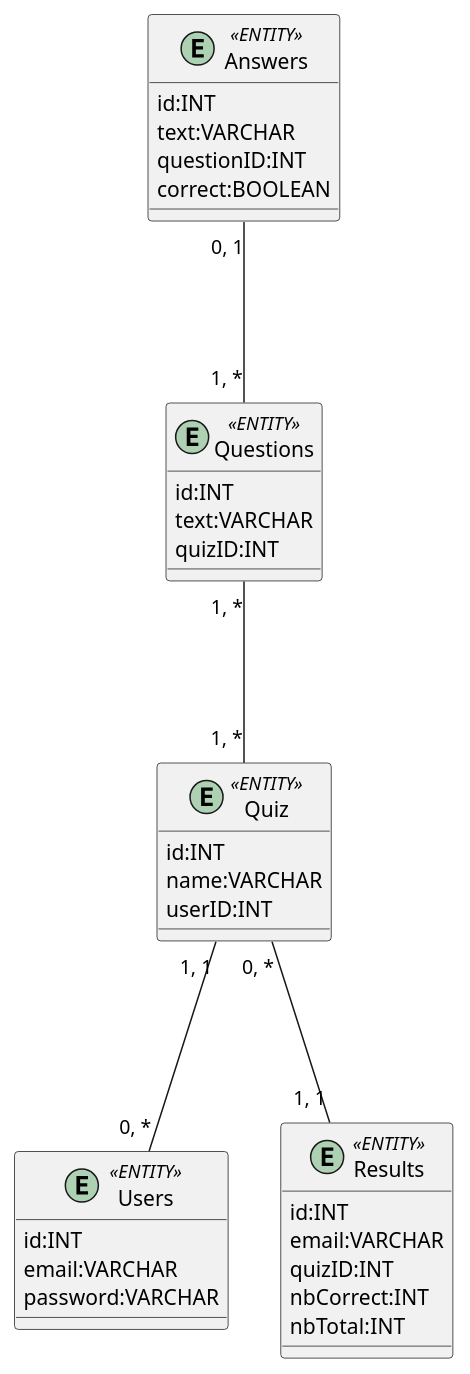
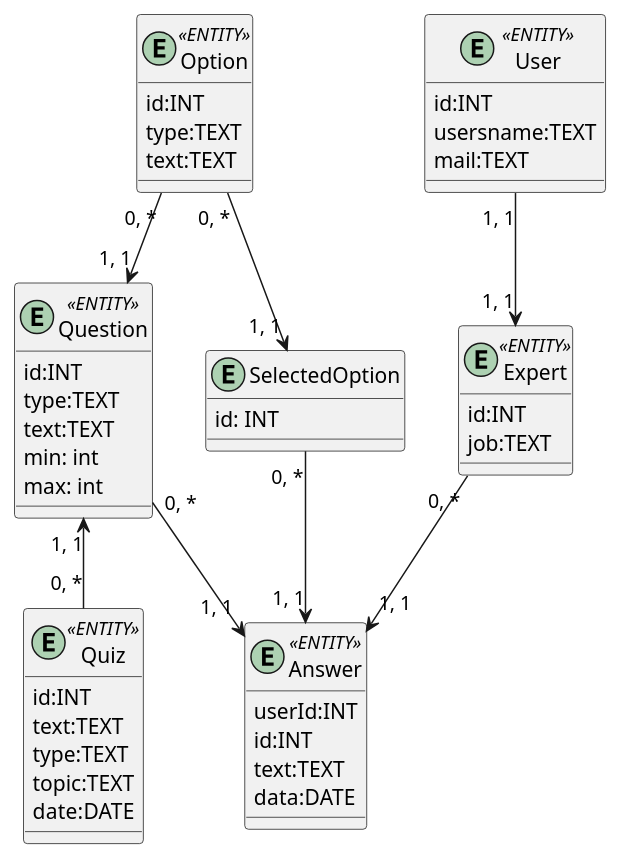
One commit to vadumpastushok/databases-course-work changed the second of 2 diagrams in docs/design/README.md. Above: the diagram before and after it, drawn with PlantUML. The commit also changed other lines of this file, not shown here.

```diff
--- a/docs/design/README.md
+++ b/docs/design/README.md
@@ -45,41 +80,54 @@
 @startuml
+	entity User <<ENTITY>> {
+    id:INT
+    usersname:TEXT
+    mail:TEXT
+  }
+  
+  entity Expert <<ENTITY>>{
+    id:INT
+    job:TEXT
+  }
+  
+  entity Quiz <<ENTITY>>{
+    id:INT
+    text:TEXT
+    type:TEXT
+    topic:TEXT
+    date:DATE
+  }
+  
+  entity Question <<ENTITY>>{
+    id:INT
+    type:TEXT
+    text:TEXT
+    min: int
+    max: int
+  }
 
-entity Users <<ENTITY>> {
-	id:INT
-	email:VARCHAR
-	password:VARCHAR
-}
+  entity Option <<ENTITY>>{
+		id:INT
+    type:TEXT
+    text:TEXT    
+	}
 
-entity Quiz <<ENTITY>> {
-	id:INT
-	name:VARCHAR
-	userID:INT
-}
+  entity Answer <<ENTITY>> {
+    userId:INT
+    id:INT
+    text:TEXT
+    data:DATE
+  }
+  
+  entity SelectedOption {
+		id: INT
+  }
 
-entity Questions <<ENTITY>> {
-	id:INT
-	text:VARCHAR
-	quizID:INT
-}
-
-entity Answers <<ENTITY>> {
-	id:INT
-	text:VARCHAR
-	questionID:INT
-  correct:BOOLEAN
-}
-
-entity Results <<ENTITY>> {
-	id:INT
-	email:VARCHAR
-	quizID:INT
-  nbCorrect:INT
-  nbTotal:INT
-}
-
-Quiz "1, 1"---"0, *" Users
-Answers "0, 1"---"1, *" Questions
-Questions "1, *"---"1, *" Quiz
-Quiz "0, *"---"1, 1" Results
-
+  Question "1, 1"<-u- "0, *" Option
+  Answer "1, 1" <-u- "0, *" Question
+  Quiz "0, *" -u-> "1, 1" Question
+  Answer "1, 1" <-u- "0, *" Expert
+  Expert "1, 1" <-u- "1, 1" User
+  
+  Answer "1, 1" <-u- "0, *" SelectedOption
+  SelectedOption "1, 1" <-u- "0, *" Option
 @enduml
```
